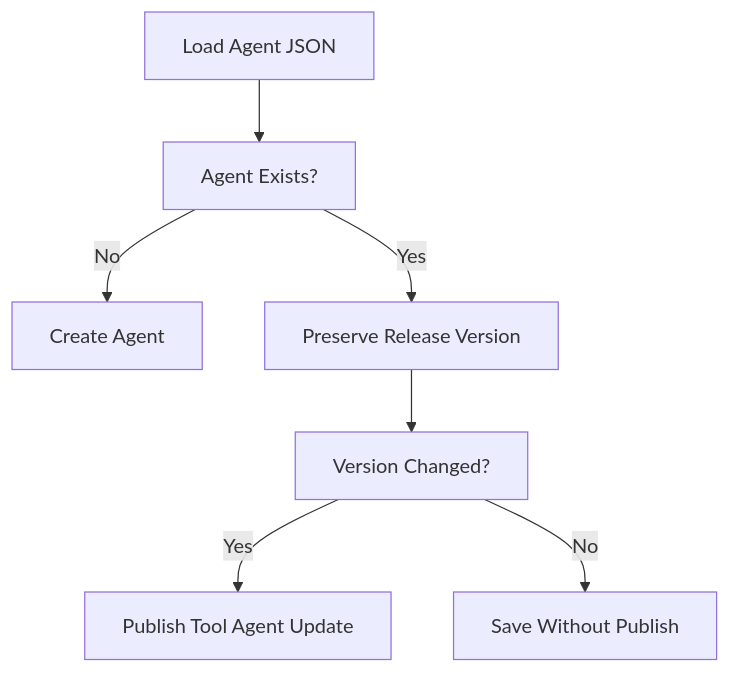
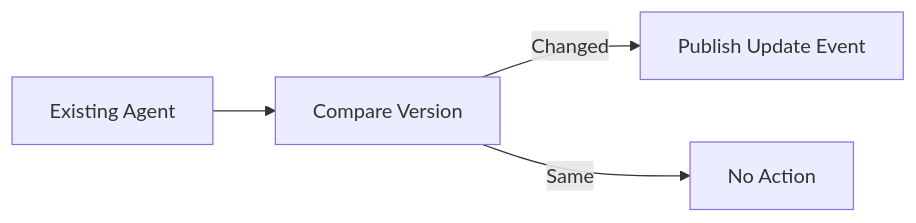
One commit to flamingo-stack/openframe-oss-lib changed the third of 5 diagrams in docs/reference/architecture/management-service-core/management-service-core.md. Above: the diagram before and after it, drawn with Mermaid. The commit also changed other lines of this file and 212 other files, not shown here.

````diff
--- a/docs/reference/architecture/management-service-core/management-service-core.md
+++ b/docs/reference/architecture/management-service-core/management-service-core.md
@@ -187,9 +214,6 @@
 ```mermaid
-flowchart TD
-    LoadConfig["Load Agent JSON"] --> ExistsCheck["Agent Exists?"]
-    ExistsCheck -->|"No"| Create["Create Agent"]
-    ExistsCheck -->|"Yes"| PreserveVersion["Preserve Release Version"]
-    PreserveVersion --> Compare["Version Changed?"]
-    Compare -->|"Yes"| Publish["Publish Tool Agent Update"]
-    Compare -->|"No"| SaveOnly["Save Without Publish"]
+flowchart LR
+    Existing["Existing Agent"] --> Compare["Compare Version"]
+    Compare -->|"Changed"| Publish["Publish Update Event"]
+    Compare -->|"Same"| Skip["No Action"]
 ```
````
